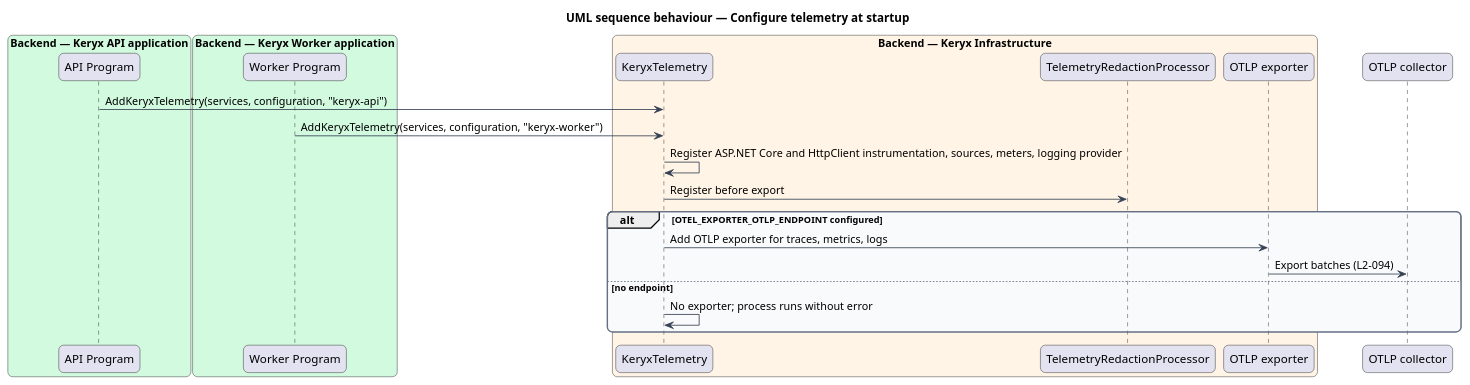
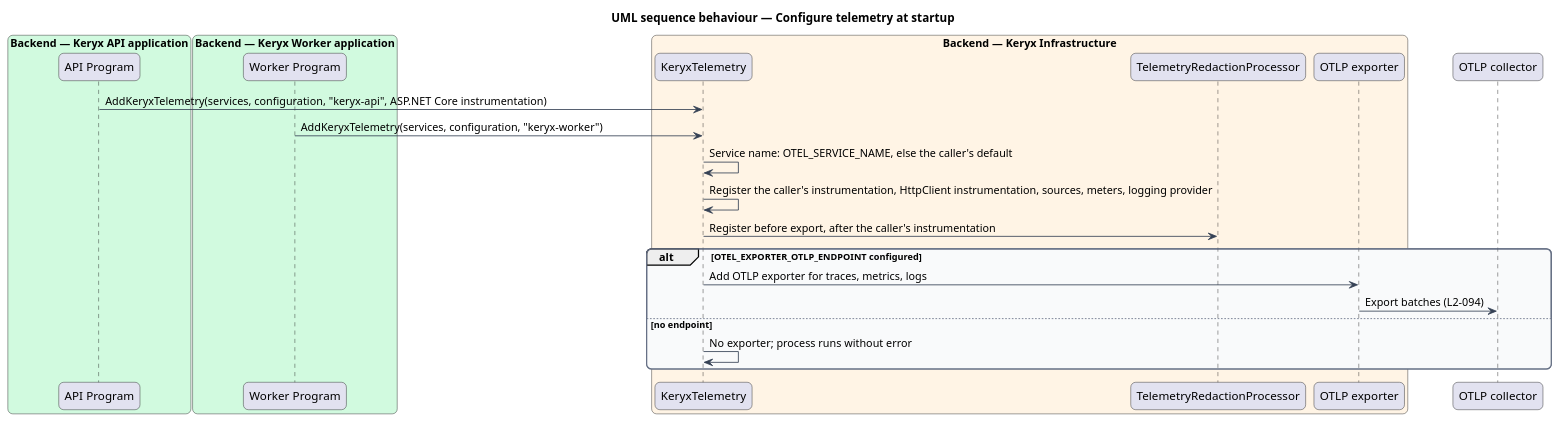
Before and after one commit to QuinntyneBrown/keryx: the diagram in docs/detailed-designs/operations/observe-the-system/diagrams/sequence-configure-telemetry.puml, drawn with PlantUML. The commit also changed 17 other files, not shown here.

```diff
--- a/docs/detailed-designs/operations/observe-the-system/diagrams/sequence-configure-telemetry.puml
+++ b/docs/detailed-designs/operations/observe-the-system/diagrams/sequence-configure-telemetry.puml
@@ -1,39 +1,40 @@
 @startuml
 title UML sequence behaviour — Configure telemetry at startup
 skinparam backgroundColor #FFFFFF
 skinparam shadowing false
 skinparam roundcorner 12
 skinparam defaultFontName Arial
 skinparam ArrowColor #344054
 skinparam rectangle {
   BorderColor #344054
   FontColor #101828
 }
 skinparam package {
   BorderColor #667085
   FontColor #101828
   BackgroundColor #F9FAFB
 }
 box "Backend — Keryx API application" #D1FADF
   participant "API Program" as prog
 end box
 box "Backend — Keryx Worker application" #D1FADF
   participant "Worker Program" as wprog
 end box
 box "Backend — Keryx Infrastructure" #FFF4E5
   participant "KeryxTelemetry" as setup
   participant "TelemetryRedactionProcessor" as red
   participant "OTLP exporter" as exp
 end box
 participant "OTLP collector" as otel
-prog -> setup : AddKeryxTelemetry(services, configuration, "keryx-api")
+prog -> setup : AddKeryxTelemetry(services, configuration, "keryx-api", ASP.NET Core instrumentation)
 wprog -> setup : AddKeryxTelemetry(services, configuration, "keryx-worker")
-setup -> setup : Register ASP.NET Core and HttpClient instrumentation, sources, meters, logging provider
-setup -> red : Register before export
+setup -> setup : Service name: OTEL_SERVICE_NAME, else the caller's default
+setup -> setup : Register the caller's instrumentation, HttpClient instrumentation, sources, meters, logging provider
+setup -> red : Register before export, after the caller's instrumentation
 alt OTEL_EXPORTER_OTLP_ENDPOINT configured
   setup -> exp : Add OTLP exporter for traces, metrics, logs
   exp -> otel : Export batches (L2-094)
 else no endpoint
   setup -> setup : No exporter; process runs without error
 end
 @enduml
```
